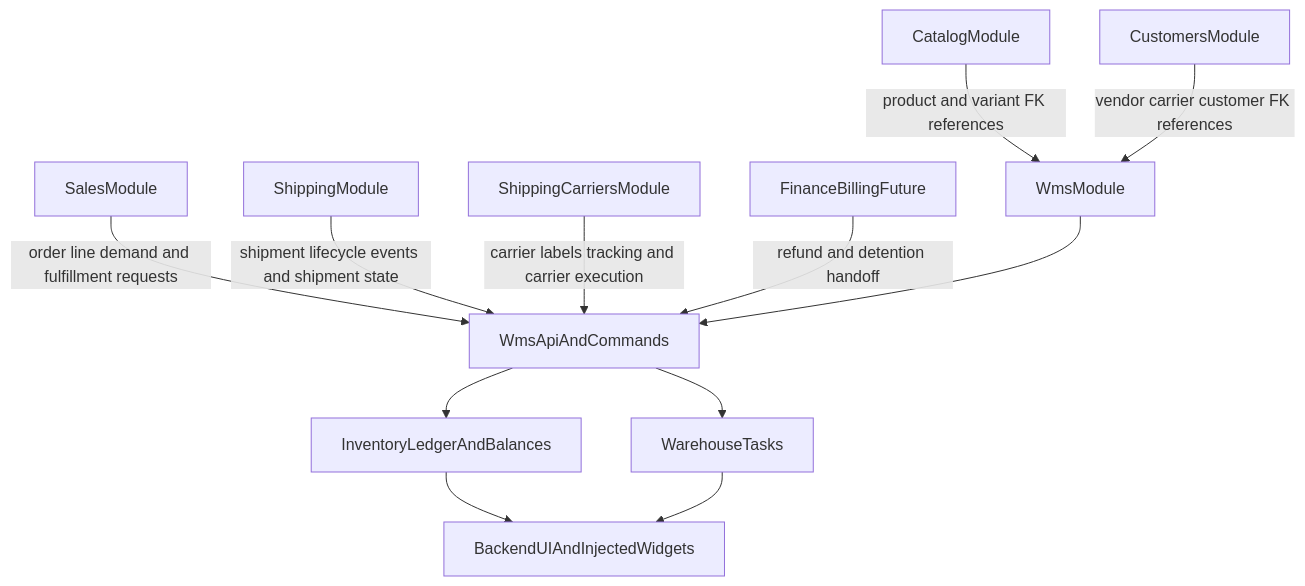
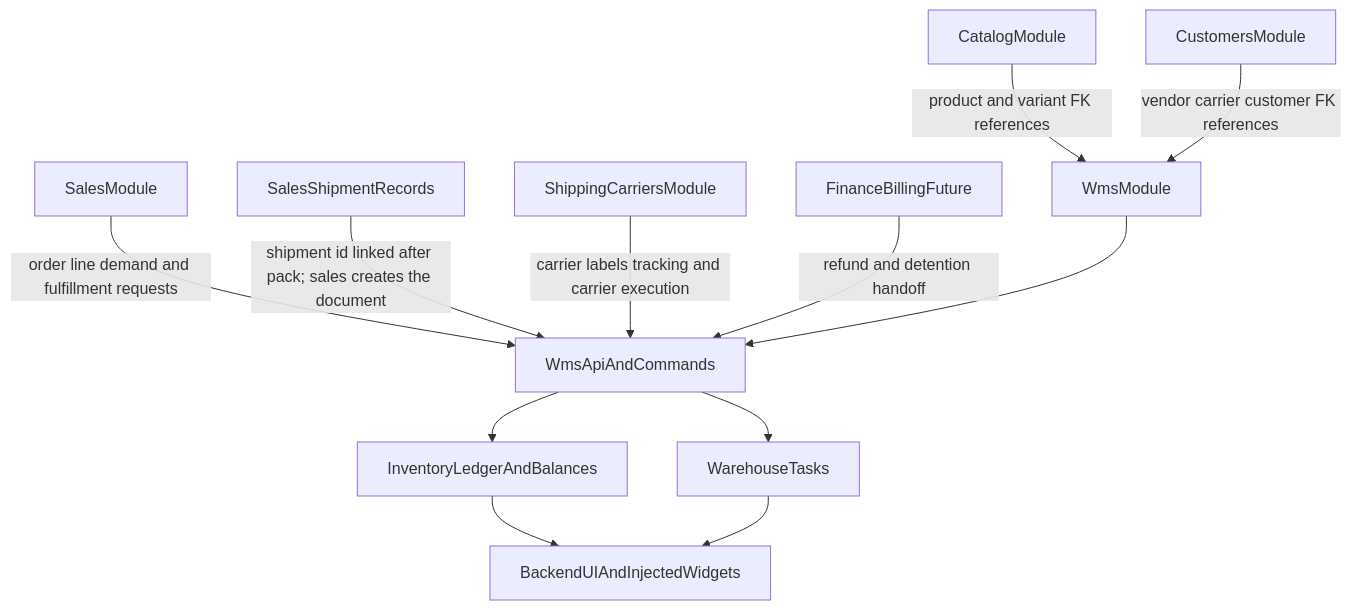
Before and after one commit to open-mercato/open-mercato: the diagram in .ai/specs/2026-04-15-wms-roadmap.md, drawn with Mermaid. The commit also changed other lines of this file and 2 other files, not shown here.

````diff
--- a/.ai/specs/2026-04-15-wms-roadmap.md
+++ b/.ai/specs/2026-04-15-wms-roadmap.md
@@ -116,26 +116,26 @@
 ```mermaid
 flowchart TD
     catalog[CatalogModule]
     sales[SalesModule]
-    shipping[ShippingModule]
+    salesShip[SalesShipmentRecords]
     carriers[ShippingCarriersModule]
     customers[CustomersModule]
     finance[FinanceBillingFuture]
     wms[WmsModule]
     api[WmsApiAndCommands]
     ledger[InventoryLedgerAndBalances]
     tasks[WarehouseTasks]
     ui[BackendUIAndInjectedWidgets]
 
     catalog -->|"product and variant FK references"| wms
     sales -->|"order line demand and fulfillment requests"| api
-    shipping -->|"shipment lifecycle events and shipment state"| api
+    salesShip -->|"shipment id linked after pack; sales creates the document"| api
     carriers -->|"carrier labels tracking and carrier execution"| api
     customers -->|"vendor carrier customer FK references"| wms
     finance -->|"refund and detention handoff"| api
     api --> ledger
     api --> tasks
     ledger --> ui
     tasks --> ui
     wms --> api
 ```
````
